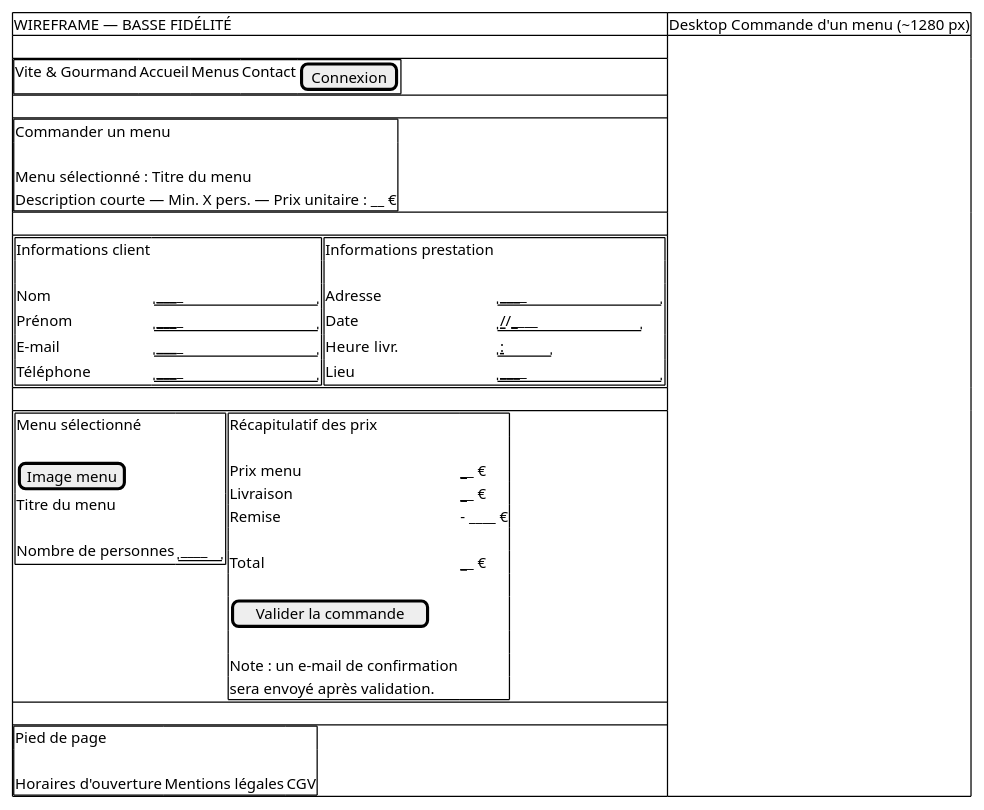
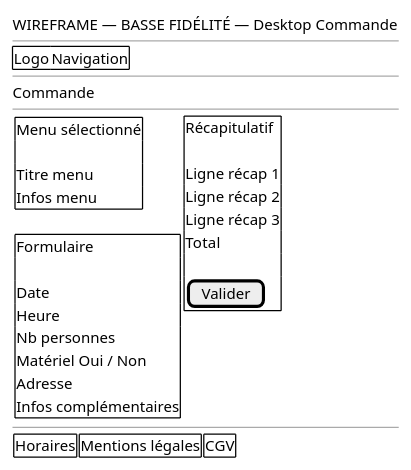
Before and after one commit to Meldince6790/vite-et-gourmand: the diagram in docs/wireframes/wireframe-desktop-commande.puml, drawn with PlantUML. The commit also changed 11 other files, not shown here.

```diff
--- a/docs/wireframes/wireframe-desktop-commande.puml
+++ b/docs/wireframes/wireframe-desktop-commande.puml
@@ -1,70 +1,59 @@
 @startsalt
-' WIREFRAME — BASSE FIDÉLITÉ
-' Desktop Commande d'un menu — ~1280 px (indicatif)
+skinparam backgroundColor #FFFFFF
+skinparam defaultFontColor #000000
+skinparam shadowing false
+' WIREFRAME — BASSE FIDÉLITÉ — Desktop Commande (blocs fonctionnels)
 {
-{#
-WIREFRAME — BASSE FIDÉLITÉ | Desktop Commande d'un menu (~1280 px)
-.
+WIREFRAME — BASSE FIDÉLITÉ — Desktop Commande
+----
 {+
-Vite & Gourmand | Accueil | Menus | Contact | [Connexion]
+Logo | Navigation
 }
-.
-{+
-Commander un menu
-.
-Menu sélectionné : Titre du menu
-Description courte — Min. X pers. — Prix unitaire : __ €
-}
-.
+----
+Commande
+----
 {
-{+
-Informations client
-.
-Nom       | "________________"
-Prénom    | "________________"
-E-mail    | "________________"
-Téléphone | "________________"
-} |
-{+
-Informations prestation
-.
-Adresse     | "________________"
-Date        | "__/__/________"
-Heure livr. | "__:__"
-Lieu        | "________________"
-}
-}
-.
 {
 {+
 Menu sélectionné
 .
-[Image menu]
-Titre du menu
-.
-Nombre de personnes | "____"
-} |
-{+
-Récapitulatif des prix
-.
-Prix menu  | ______ €
-Livraison  | ______ €
-Remise     | - ____ €
-.
-Total      | ______ €
-.
-[Valider la commande]
-.
-Note : un e-mail de confirmation
-sera envoyé après validation.
-}
+Titre menu
+Infos menu
 }
 .
 {+
-Pied de page
+Formulaire
 .
-Horaires d'ouverture | Mentions légales | CGV
+Date
+Heure
+Nb personnes
+Matériel Oui / Non
+Adresse
+Infos complémentaires
+}
+} |
+{+
+Récapitulatif
+.
+Ligne récap 1
+Ligne récap 2
+Ligne récap 3
+Total
+.
+[Valider]
+}
+}
+----
+{
+{+
+Horaires
+} |
+{+
+Mentions légales
+} |
+{+
+CGV
 }
 }
 }
 @endsalt
```
